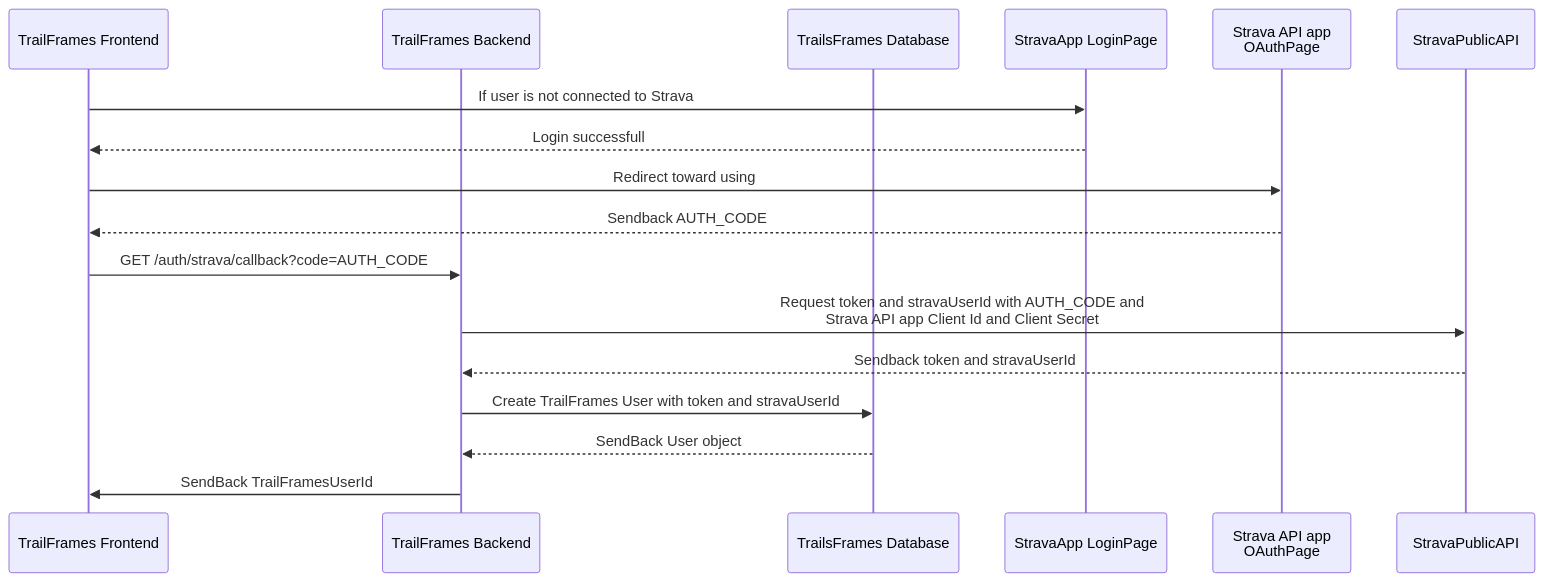
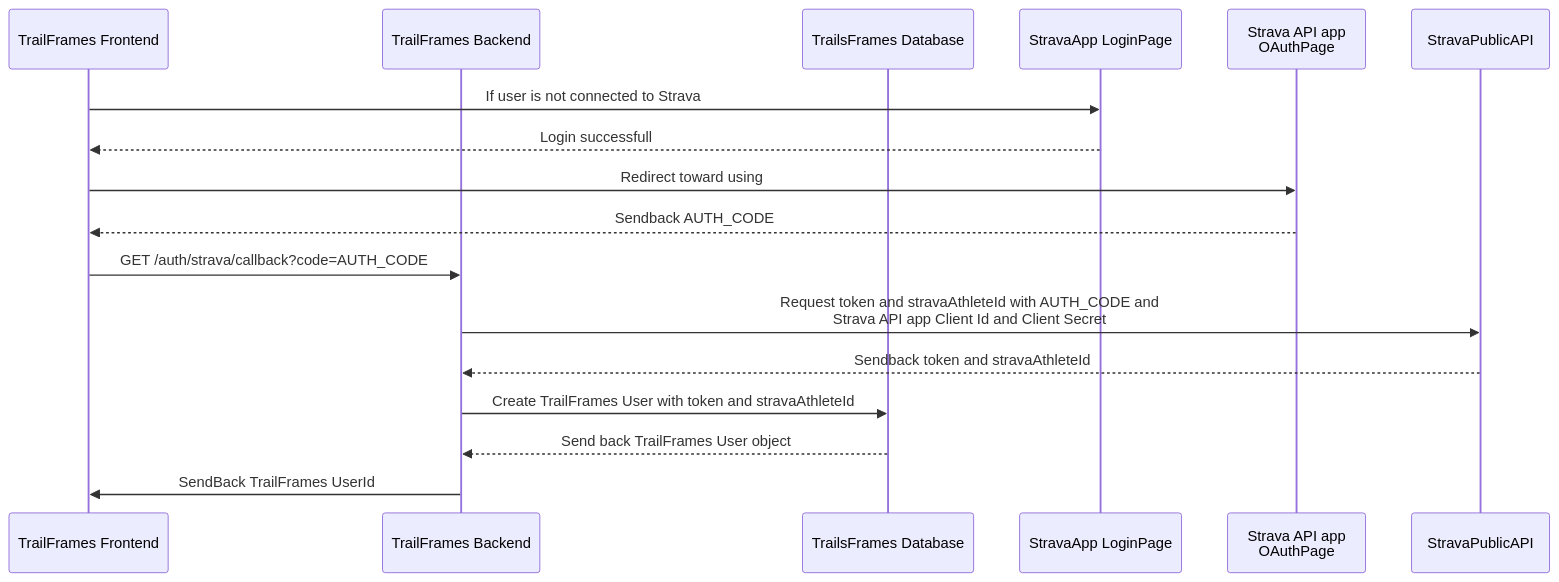
Before and after one commit to NicolasChambon/TrailFrames: the diagram in docs/user-introduction-sequence-diagram.mermaid, drawn with Mermaid. The commit also changed 18 other files, not shown here.

````diff
--- a/docs/user-introduction-sequence-diagram.mermaid
+++ b/docs/user-introduction-sequence-diagram.mermaid
@@ -1,20 +1,20 @@
 ```mermaid
  sequenceDiagram
     participant TrailFramesFrontend as TrailFrames Frontend
     participant TrailFramesBackend as TrailFrames Backend
     participant TrailFramesDatabase as TrailsFrames Database
     participant StravaAppLoginPage as StravaApp LoginPage
     participant StravaAPIAppOAuthPage as Strava API app <br/> OAuthPage
     participant StravaPublicAPI
 
     TrailFramesFrontend->>StravaAppLoginPage: If user is not connected to Strava
     StravaAppLoginPage-->>TrailFramesFrontend: Login successfull
     TrailFramesFrontend->>StravaAPIAppOAuthPage: Redirect toward using
     StravaAPIAppOAuthPage-->>TrailFramesFrontend: Sendback AUTH_CODE
     TrailFramesFrontend->>TrailFramesBackend: GET /auth/strava/callback?code=AUTH_CODE
-    TrailFramesBackend->>StravaPublicAPI: Request token and stravaUserId with AUTH_CODE and<br/>Strava API app Client Id and Client Secret
-    StravaPublicAPI-->>TrailFramesBackend: Sendback token and stravaUserId
-    TrailFramesBackend->>TrailFramesDatabase: Create TrailFrames User with token and stravaUserId
-    TrailFramesDatabase-->>TrailFramesBackend: SendBack User object
-    TrailFramesBackend->>TrailFramesFrontend: SendBack TrailFramesUserId
+    TrailFramesBackend->>StravaPublicAPI: Request token and stravaAthleteId with AUTH_CODE and<br/>Strava API app Client Id and Client Secret
+    StravaPublicAPI-->>TrailFramesBackend: Sendback token and stravaAthleteId
+    TrailFramesBackend->>TrailFramesDatabase: Create TrailFrames User with token and stravaAthleteId
+    TrailFramesDatabase-->>TrailFramesBackend: Send back TrailFrames User object
+    TrailFramesBackend->>TrailFramesFrontend: SendBack TrailFrames UserId
 ```
````
